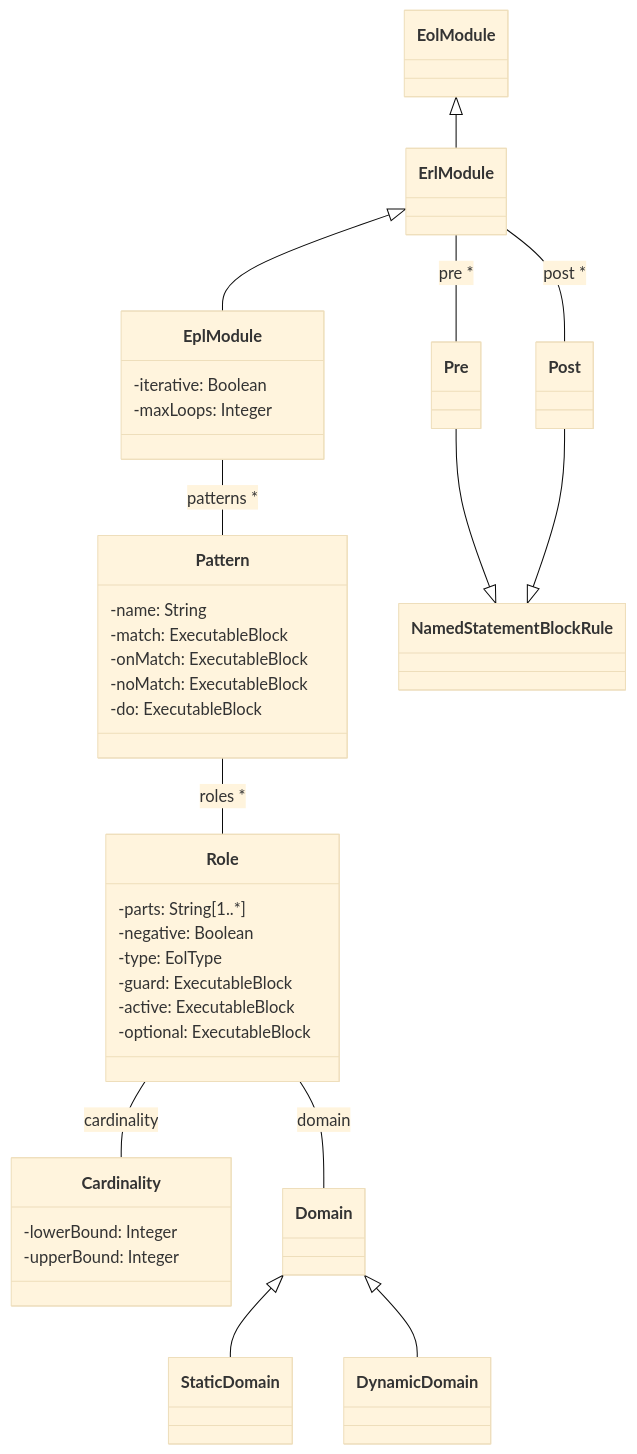
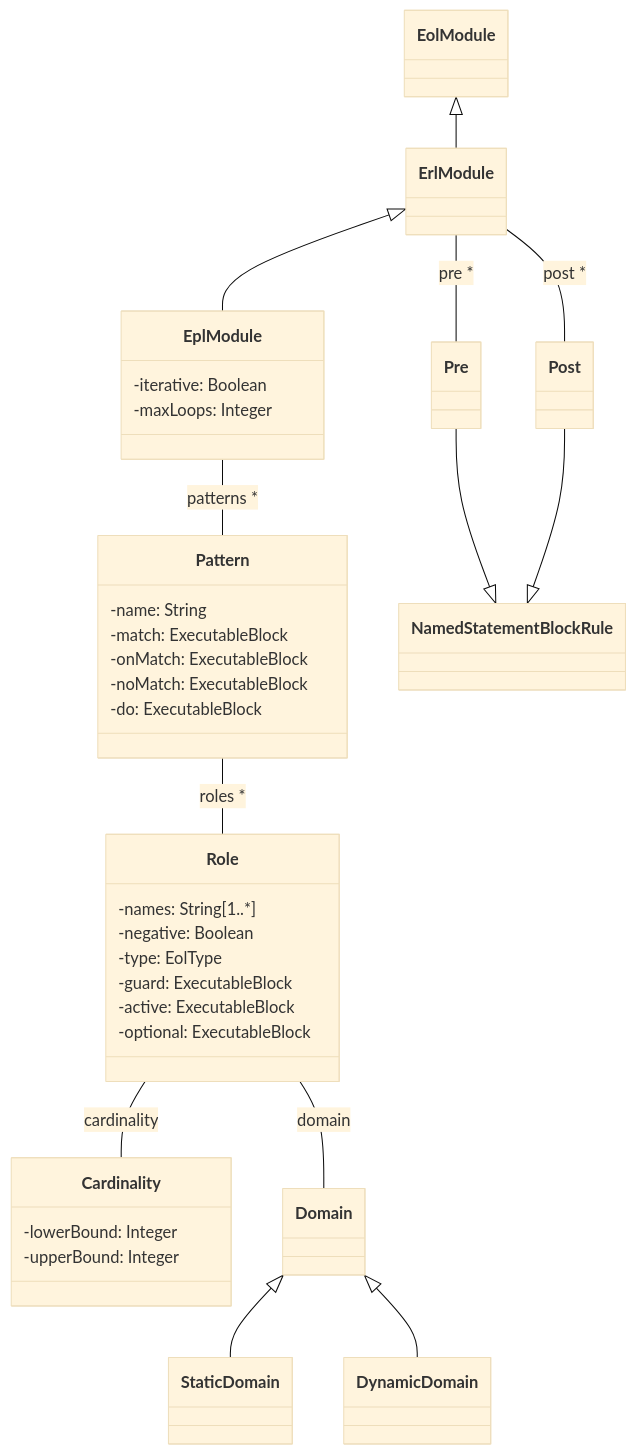
The second of 2 diagrams in mkdocs/docs/doc/epl.md (eclipse/epsilon-website), drawn with Mermaid (base theme) before and after one commit.

Commit message:
Fixed EPL diagram

````diff
--- a/mkdocs/docs/doc/epl.md
+++ b/mkdocs/docs/doc/epl.md
@@ -55,38 +55,38 @@
 ```mermaid
 classDiagram
 class EplModule {
     -iterative: Boolean
     -maxLoops: Integer
 }
 class Pattern {
     -name: String
     -match: ExecutableBlock<Boolean>
     -onMatch: ExecutableBlock<Void>
     -noMatch: ExecutableBlock<Void>
     -do: ExecutableBlock<Void>
 }
 class Role {
-    -parts: String[1..*]
+    -names: String[1..*]
     -negative: Boolean
     -type: EolType
     -guard: ExecutableBlock<Boolean>
     -active: ExecutableBlock<Boolean>
     -optional: ExecutableBlock<Boolean>
 }
 class Cardinality {
     -lowerBound: Integer
     -upperBound: Integer
 }
 EolModule <|-- ErlModule
 ErlModule <|-- EplModule
 Pre --|> NamedStatementBlockRule
 Post --|> NamedStatementBlockRule
 ErlModule -- Pre: pre *
 ErlModule -- Post: post *
 EplModule -- Pattern: patterns *
 Pattern -- Role: roles *
 Role -- Domain: domain
 Domain <|-- StaticDomain
 Domain <|-- DynamicDomain
 Role -- Cardinality: cardinality
 ```
````
